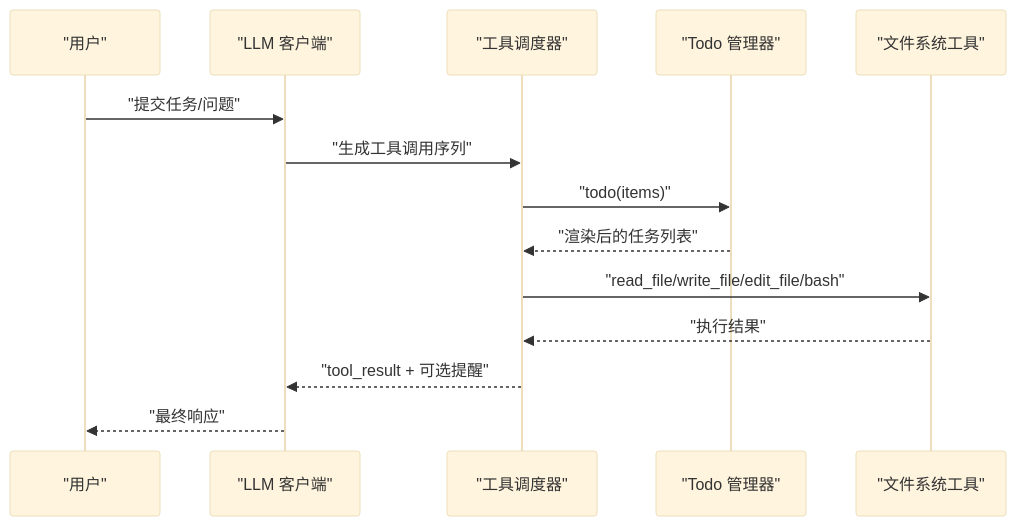
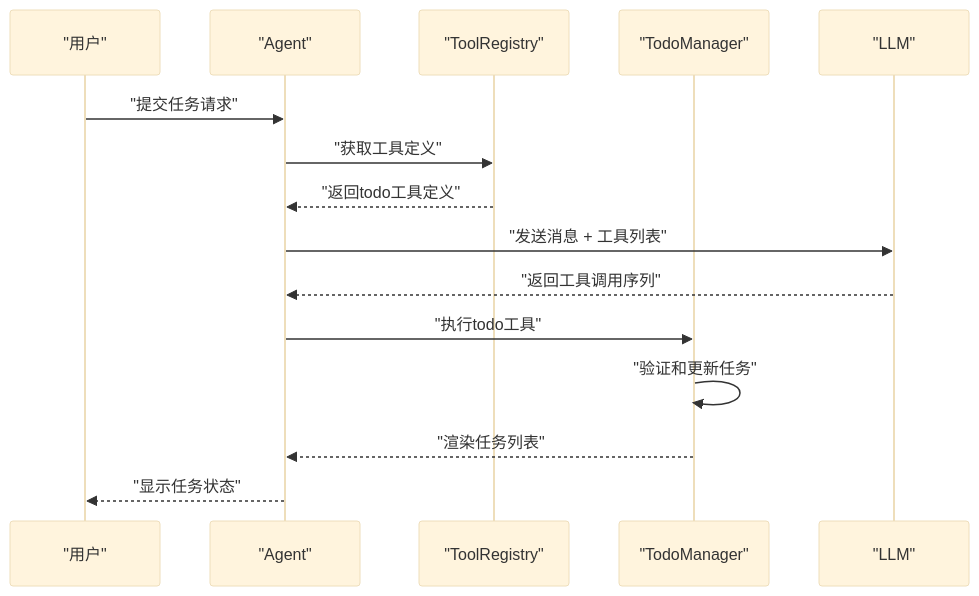
The second of 4 diagrams in .qoder/repowiki/zh/content/核心功能详解/任务规划管理.md (eurekaYYzero/Mini-Claude-Code), drawn with Mermaid (base theme) before and after one commit. The commit also changed other lines of this file and 27 other files, not shown here.

````diff
--- a/.qoder/repowiki/zh/content/核心功能详解/任务规划管理.md
+++ b/.qoder/repowiki/zh/content/核心功能详解/任务规划管理.md
@@ -91,16 +115,17 @@
 ```mermaid
 sequenceDiagram
 participant U as "用户"
-participant L as "LLM 客户端"
-participant T as "工具调度器"
-participant TM as "Todo 管理器"
-participant FS as "文件系统工具"
-U->>L : "提交任务/问题"
-L->>T : "生成工具调用序列"
-T->>TM : "todo(items)"
-TM-->>T : "渲染后的任务列表"
-T->>FS : "read_file/write_file/edit_file/bash"
-FS-->>T : "执行结果"
-T-->>L : "tool_result + 可选提醒"
-L-->>U : "最终响应"
+participant A as "Agent"
+participant TL as "ToolRegistry"
+participant TM as "TodoManager"
+participant L as "LLM"
+U->>A : "提交任务请求"
+A->>TL : "获取工具定义"
+TL-->>A : "返回todo工具定义"
+A->>L : "发送消息 + 工具列表"
+L-->>A : "返回工具调用序列"
+A->>TM : "执行todo工具"
+TM->>TM : "验证和更新任务"
+TM-->>A : "渲染任务列表"
+A-->>U : "显示任务状态"
 ```
````
